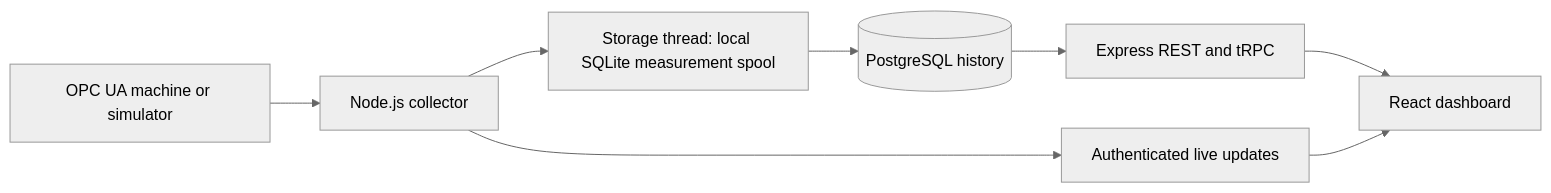
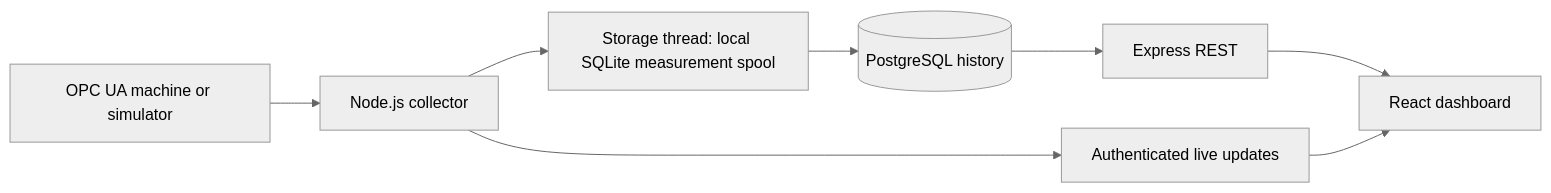
Before and after one commit to Sparkz400/industrial-performance-dashboard: the diagram in docs/ARCHITECTURE.md, drawn with Mermaid (neutral theme). The commit also changed other lines of this file and 136 other files, not shown here.

````diff
--- a/docs/ARCHITECTURE.md
+++ b/docs/ARCHITECTURE.md
@@ -6,10 +6,10 @@
 ```mermaid
 flowchart LR
   Machine[OPC UA machine or simulator] --> Collector[Node.js collector]
   Collector --> Spool[Storage thread: local SQLite measurement spool]
   Spool --> Database[(PostgreSQL history)]
   Collector --> Socket[Authenticated live updates]
-  Database --> API[Express REST and tRPC]
+  Database --> API[Express REST]
   API --> UI[React dashboard]
   Socket --> UI
 ```
````
